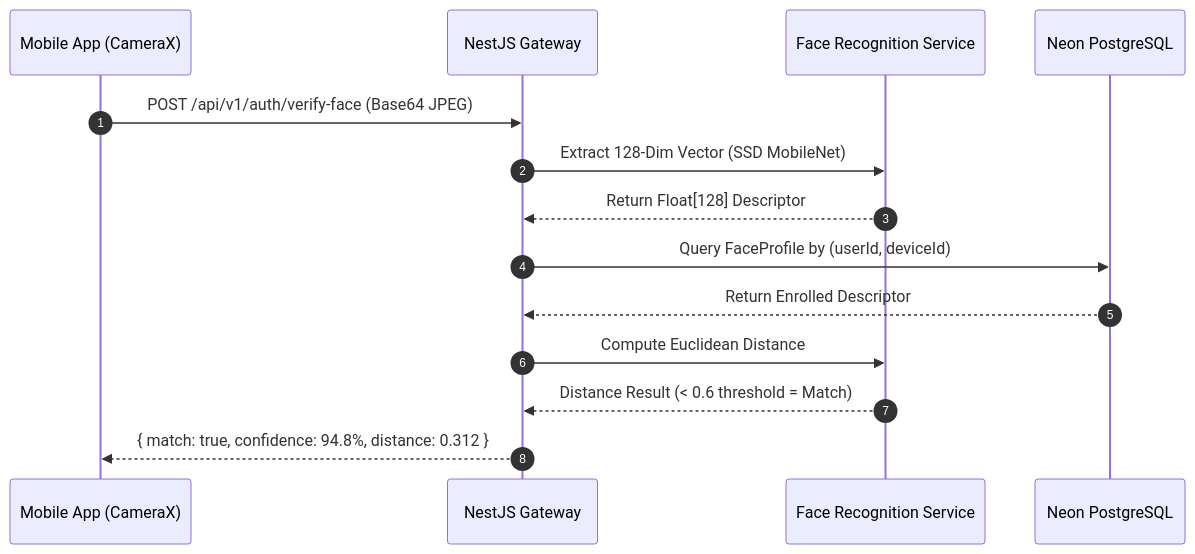
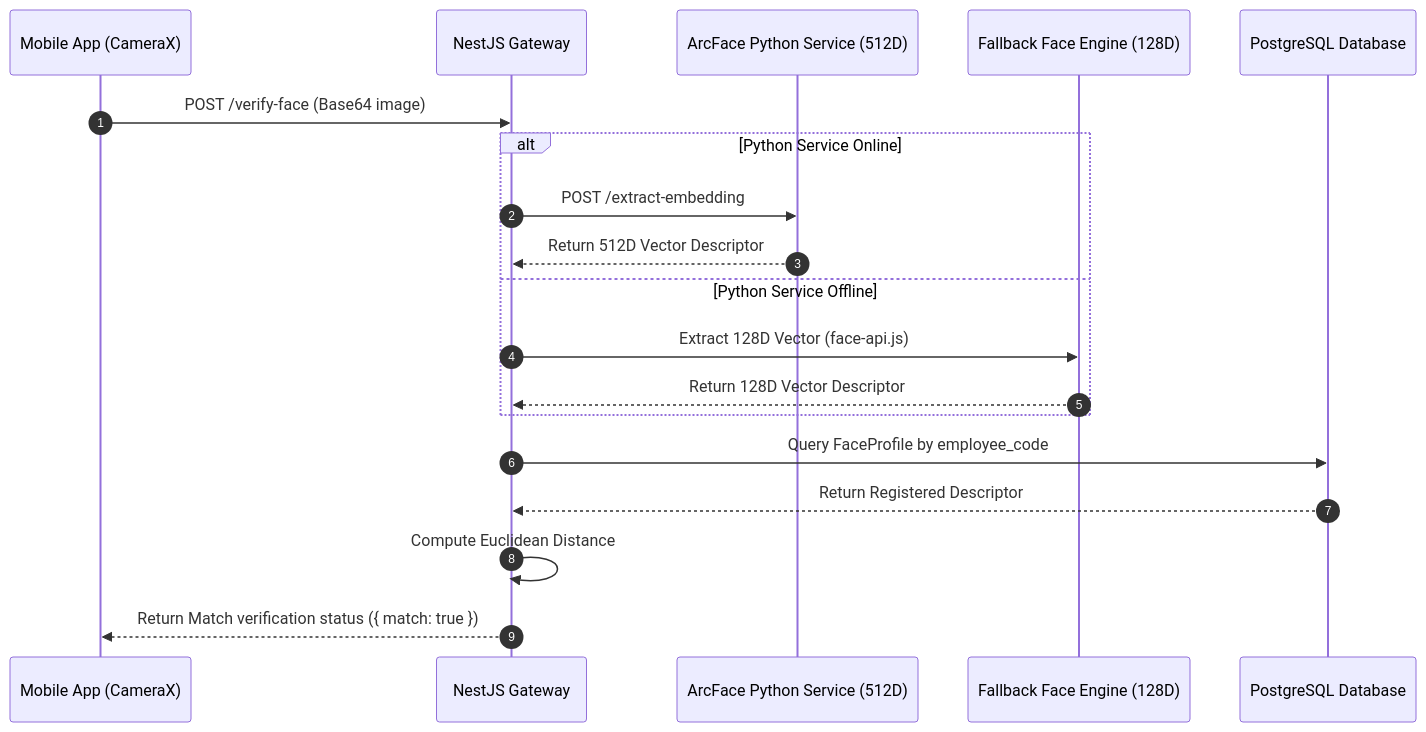
Before and after one commit to rameshchavan07/epm-tracker: the second of 2 diagrams in README.md, drawn with Mermaid. The commit also changed other lines of this file and 3 other files, not shown here.

Commit message:
feat: integrate ArcFace facial recognition microservice, add CameraX support, and update system architecture documentation.

````diff
--- a/README.md
+++ b/README.md
@@ -161,17 +192,22 @@
 ```mermaid
 sequenceDiagram
     autonumber
     participant App as Mobile App (CameraX)
     participant API as NestJS Gateway
-    participant FaceEngine as Face Recognition Service
-    participant DB as Neon PostgreSQL
+    participant FacePy as ArcFace Python Service (512D)
+    participant FaceJS as Fallback Face Engine (128D)
+    participant DB as PostgreSQL Database
 
-    App->>API: POST /api/v1/auth/verify-face (Base64 JPEG)
-    API->>FaceEngine: Extract 128-Dim Vector (SSD MobileNet)
-    FaceEngine-->>API: Return Float[128] Descriptor
-    API->>DB: Query FaceProfile by (userId, deviceId)
-    DB-->>API: Return Enrolled Descriptor
-    API->>FaceEngine: Compute Euclidean Distance
-    FaceEngine-->>API: Distance Result (< 0.6 threshold = Match)
-    API-->>App: { match: true, confidence: 94.8%, distance: 0.312 }
+    App->>API: POST /verify-face (Base64 image)
+    alt Python Service Online
+        API->>FacePy: POST /extract-embedding
+        FacePy-->>API: Return 512D Vector Descriptor
+    else Python Service Offline
+        API->>FaceJS: Extract 128D Vector (face-api.js)
+        FaceJS-->>API: Return 128D Vector Descriptor
+    end
+    API->>DB: Query FaceProfile by employee_code
+    DB-->>API: Return Registered Descriptor
+    API->>API: Compute Euclidean Distance
+    API-->>App: Return Match verification status ({ match: true })
 ```
````
